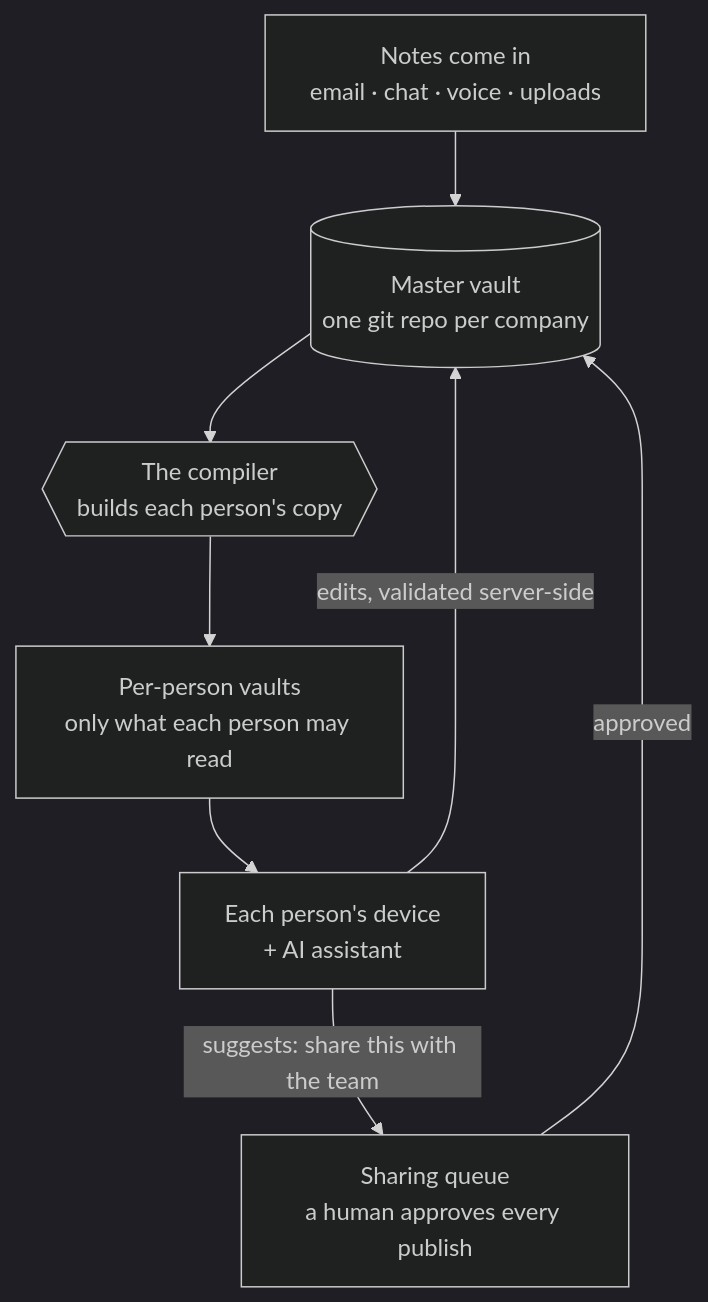
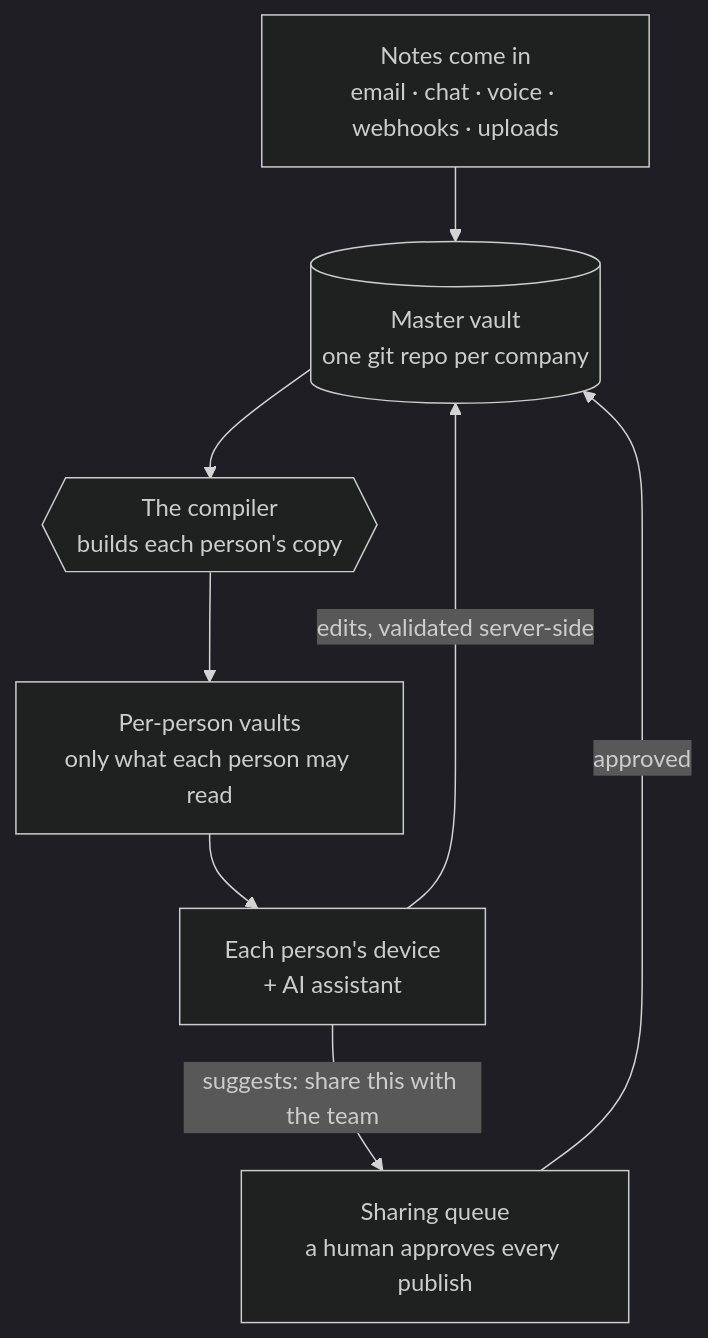
The diagram in README.md (joedanz/brainkit), drawn with Mermaid (dark theme) before and after one commit. The commit also changed other lines of this file and 21 other files, not shown here.

````diff
--- a/README.md
+++ b/README.md
@@ -25,17 +25,17 @@
 ```mermaid
 flowchart TB
-    In["Notes come in<br/>email · chat · voice · uploads"]
+    In["Notes come in<br/>email · chat · voice · webhooks · uploads"]
     M[("Master vault<br/>one git repo per company")]
     C{{"The compiler<br/>builds each person's copy"}}
     V["Per-person vaults<br/>only what each person may read"]
     E["Each person's device<br/>+ AI assistant"]
     Q["Sharing queue<br/>a human approves every publish"]
 
     In --> M
     M --> C
     C --> V
     V --> E
     E -->|"edits, validated server-side"| M
     E -->|"suggests: share this with the team"| Q
     Q -->|approved| M
 ```
````
